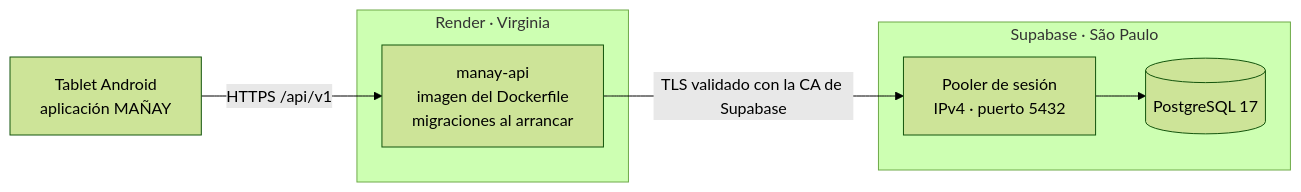
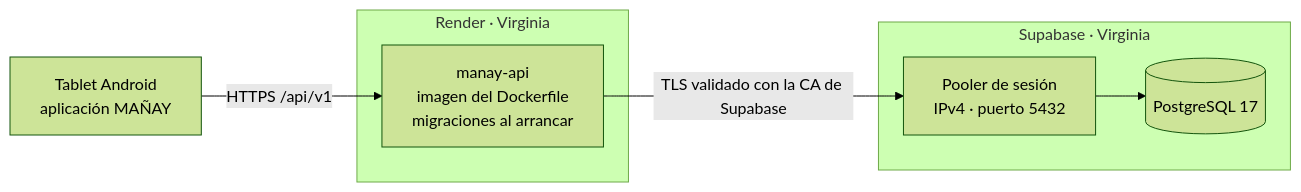
The first of 2 diagrams in docs/03-diseño-de-software/vista-de-despliegue.md (AlexisAyala811/mercado-mayorista-app), drawn with Mermaid (forest theme) before and after one commit. The commit also changed 7 other files, not shown here.

````diff
--- a/docs/03-diseño-de-software/vista-de-despliegue.md
+++ b/docs/03-diseño-de-software/vista-de-despliegue.md
@@ -9,14 +9,14 @@
 ```mermaid
 flowchart LR
     App["Tablet Android<br/>aplicación MAÑAY"]
     subgraph Render["Render · Virginia"]
         API["manay-api<br/>imagen del Dockerfile<br/>migraciones al arrancar"]
     end
-    subgraph Supabase["Supabase · São Paulo"]
+    subgraph Supabase["Supabase · Virginia"]
         Pool["Pooler de sesión<br/>IPv4 · puerto 5432"]
         DB[("PostgreSQL 17")]
         Pool --> DB
     end
     App -- "HTTPS /api/v1" --> API
     API -- "TLS validado con la CA de Supabase" --> Pool
 ```
````
